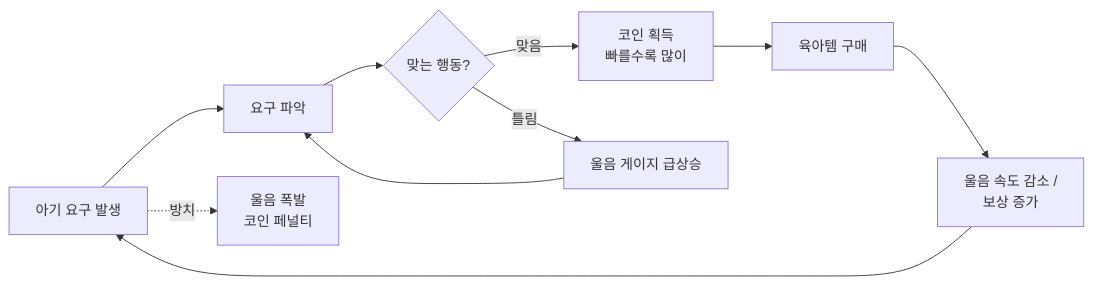
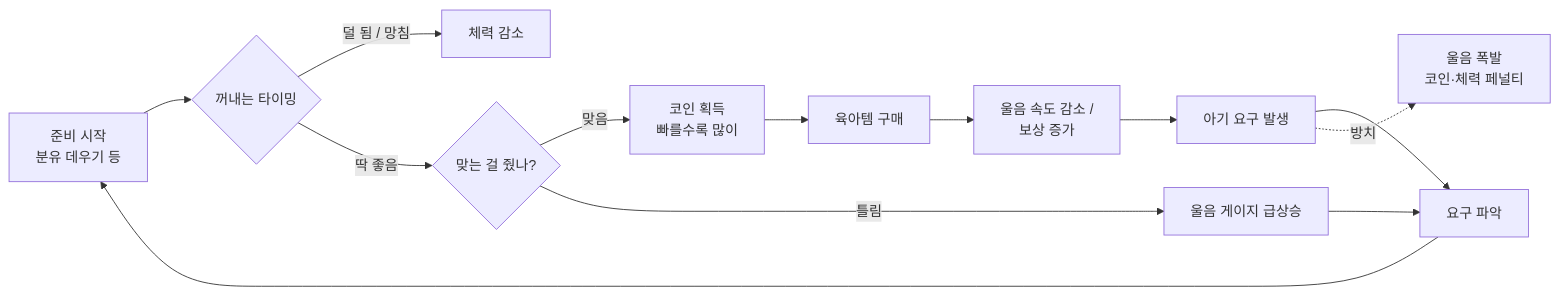
One commit to Ddoobyddooby/ddooby-baby-tycoon changed the diagram in README.md. Above: the diagram before and after it, drawn with Mermaid. The commit also changed other lines of this file and 3 other files, not shown here.

````diff
--- a/README.md
+++ b/README.md
@@ -53,12 +89,15 @@
 ```mermaid
 flowchart LR
+  P[준비 시작<br/>분유 데우기 등] --> T{꺼내는 타이밍}
+  T -- 덜 됨 / 망침 --> HP[체력 감소]
   A[아기 요구 발생] --> B[요구 파악]
-  B --> C{맞는 행동?}
+  B --> P
+  T -- 딱 좋음 --> C{맞는 걸 줬나?}
   C -- 맞음 --> D[코인 획득<br/>빠를수록 많이]
   C -- 틀림 --> E[울음 게이지 급상승]
   E --> B
-  A -. 방치 .-> F[울음 폭발<br/>코인 페널티]
+  A -. 방치 .-> F[울음 폭발<br/>코인·체력 페널티]
   D --> G[육아템 구매]
   G --> H[울음 속도 감소 /<br/>보상 증가]
   H --> A
 ```
````
